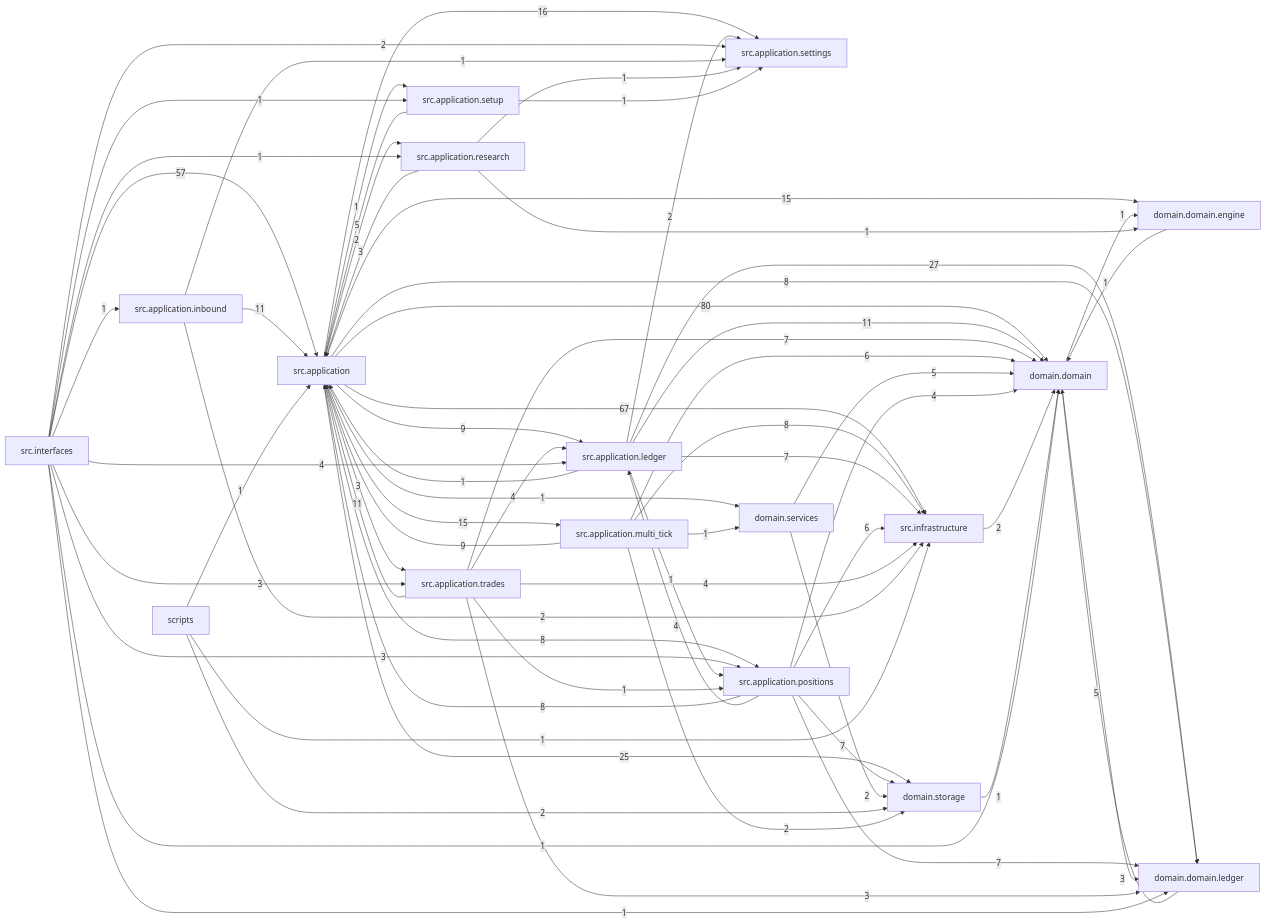
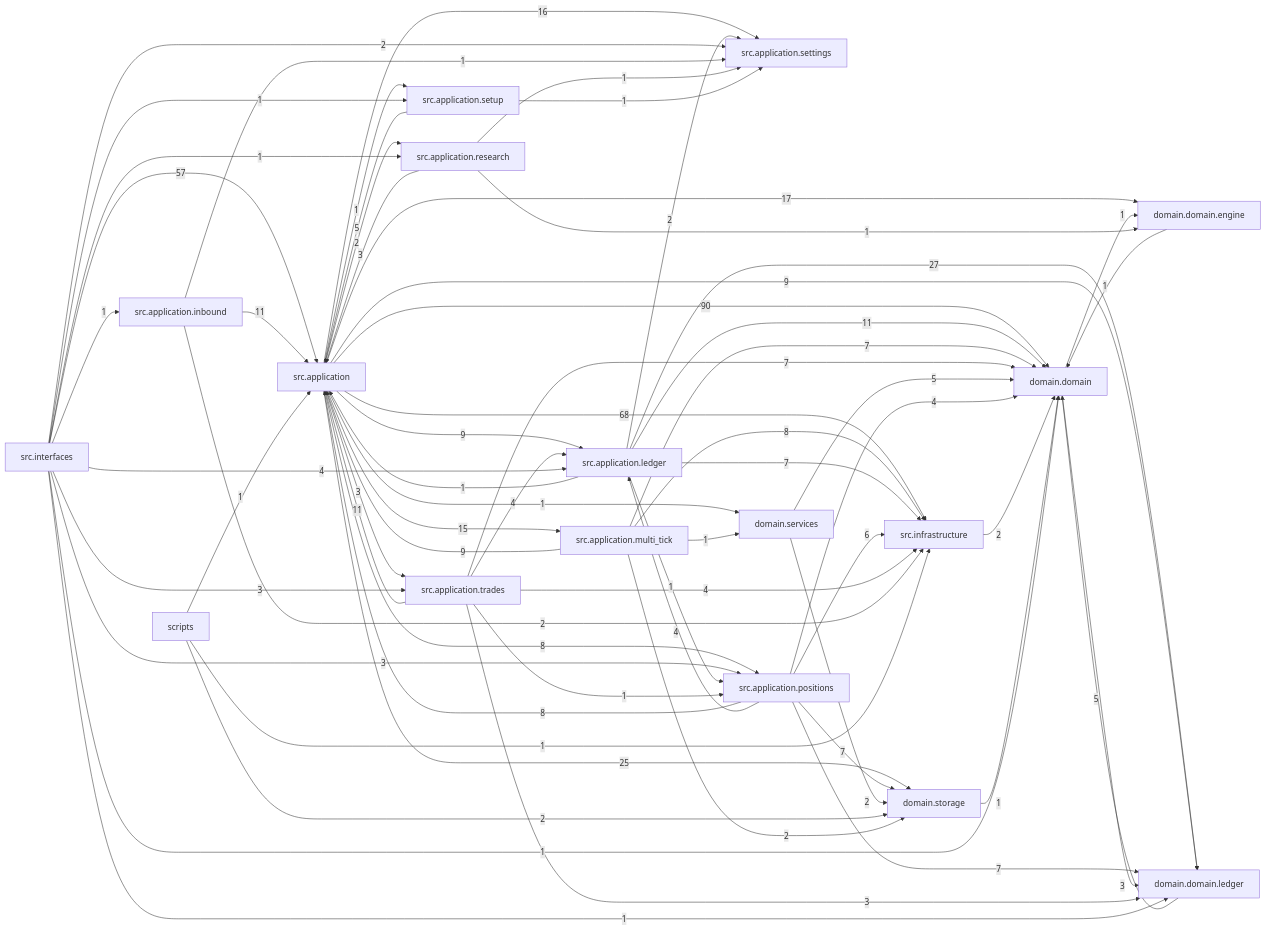
The diagram in docs/dependency_graph.mmd (liuxie066/options-monitor), drawn with Mermaid before and after one commit. The commit also changed 38 other files, not shown here.

```diff
--- a/docs/dependency_graph.mmd
+++ b/docs/dependency_graph.mmd
@@ -1,66 +1,66 @@
 flowchart LR
-  src_application["src.application"] -->|80| domain_domain["domain.domain"]
-  src_application["src.application"] -->|67| src_infrastructure["src.infrastructure"]
+  src_application["src.application"] -->|90| domain_domain["domain.domain"]
+  src_application["src.application"] -->|68| src_infrastructure["src.infrastructure"]
   src_interfaces["src.interfaces"] -->|57| src_application["src.application"]
   src_application_ledger["src.application.ledger"] -->|27| domain_domain_ledger["domain.domain.ledger"]
   src_application["src.application"] -->|25| domain_storage["domain.storage"]
+  src_application["src.application"] -->|17| domain_domain_engine["domain.domain.engine"]
   src_application["src.application"] -->|16| src_application_settings["src.application.settings"]
-  src_application["src.application"] -->|15| domain_domain_engine["domain.domain.engine"]
   src_application["src.application"] -->|15| src_application_multi_tick["src.application.multi_tick"]
   src_application_inbound["src.application.inbound"] -->|11| src_application["src.application"]
   src_application_ledger["src.application.ledger"] -->|11| domain_domain["domain.domain"]
   src_application_trades["src.application.trades"] -->|11| src_application["src.application"]
+  src_application["src.application"] -->|9| domain_domain_ledger["domain.domain.ledger"]
   src_application["src.application"] -->|9| src_application_ledger["src.application.ledger"]
   src_application_multi_tick["src.application.multi_tick"] -->|9| src_application["src.application"]
-  src_application["src.application"] -->|8| domain_domain_ledger["domain.domain.ledger"]
   src_application["src.application"] -->|8| src_application_positions["src.application.positions"]
   src_application_multi_tick["src.application.multi_tick"] -->|8| src_infrastructure["src.infrastructure"]
   src_application_positions["src.application.positions"] -->|8| src_application["src.application"]
   src_application_ledger["src.application.ledger"] -->|7| src_infrastructure["src.infrastructure"]
+  src_application_multi_tick["src.application.multi_tick"] -->|7| domain_domain["domain.domain"]
   src_application_positions["src.application.positions"] -->|7| domain_domain_ledger["domain.domain.ledger"]
   src_application_positions["src.application.positions"] -->|7| domain_storage["domain.storage"]
   src_application_trades["src.application.trades"] -->|7| domain_domain["domain.domain"]
-  src_application_multi_tick["src.application.multi_tick"] -->|6| domain_domain["domain.domain"]
   src_application_positions["src.application.positions"] -->|6| src_infrastructure["src.infrastructure"]
   domain_domain_ledger["domain.domain.ledger"] -->|5| domain_domain["domain.domain"]
   domain_services["domain.services"] -->|5| domain_domain["domain.domain"]
   src_application_setup["src.application.setup"] -->|5| src_application["src.application"]
   src_application_positions["src.application.positions"] -->|4| domain_domain["domain.domain"]
   src_application_positions["src.application.positions"] -->|4| src_application_ledger["src.application.ledger"]
   src_application_trades["src.application.trades"] -->|4| src_application_ledger["src.application.ledger"]
   src_application_trades["src.application.trades"] -->|4| src_infrastructure["src.infrastructure"]
   src_interfaces["src.interfaces"] -->|4| src_application_ledger["src.application.ledger"]
   domain_domain["domain.domain"] -->|3| domain_domain_ledger["domain.domain.ledger"]
   src_application["src.application"] -->|3| src_application_trades["src.application.trades"]
   src_application_research["src.application.research"] -->|3| src_application["src.application"]
   src_application_trades["src.application.trades"] -->|3| domain_domain_ledger["domain.domain.ledger"]
   src_interfaces["src.interfaces"] -->|3| src_application_positions["src.application.positions"]
   src_interfaces["src.interfaces"] -->|3| src_application_trades["src.application.trades"]
   domain_services["domain.services"] -->|2| domain_storage["domain.storage"]
   scripts["scripts"] -->|2| domain_storage["domain.storage"]
   src_application["src.application"] -->|2| src_application_research["src.application.research"]
   src_application_inbound["src.application.inbound"] -->|2| src_infrastructure["src.infrastructure"]
   src_application_ledger["src.application.ledger"] -->|2| src_application_settings["src.application.settings"]
   src_application_multi_tick["src.application.multi_tick"] -->|2| domain_storage["domain.storage"]
   src_infrastructure["src.infrastructure"] -->|2| domain_domain["domain.domain"]
   src_interfaces["src.interfaces"] -->|2| src_application_settings["src.application.settings"]
   domain_domain["domain.domain"] -->|1| domain_domain_engine["domain.domain.engine"]
   domain_domain_engine["domain.domain.engine"] -->|1| domain_domain["domain.domain"]
   domain_storage["domain.storage"] -->|1| domain_domain["domain.domain"]
   scripts["scripts"] -->|1| src_application["src.application"]
   scripts["scripts"] -->|1| src_infrastructure["src.infrastructure"]
   src_application["src.application"] -->|1| domain_services["domain.services"]
   src_application["src.application"] -->|1| src_application_setup["src.application.setup"]
   src_application_inbound["src.application.inbound"] -->|1| src_application_settings["src.application.settings"]
   src_application_ledger["src.application.ledger"] -->|1| src_application["src.application"]
   src_application_ledger["src.application.ledger"] -->|1| src_application_positions["src.application.positions"]
   src_application_multi_tick["src.application.multi_tick"] -->|1| domain_services["domain.services"]
   src_application_research["src.application.research"] -->|1| domain_domain_engine["domain.domain.engine"]
   src_application_research["src.application.research"] -->|1| src_application_settings["src.application.settings"]
   src_application_setup["src.application.setup"] -->|1| src_application_settings["src.application.settings"]
   src_application_trades["src.application.trades"] -->|1| src_application_positions["src.application.positions"]
   src_interfaces["src.interfaces"] -->|1| domain_domain["domain.domain"]
   src_interfaces["src.interfaces"] -->|1| domain_domain_ledger["domain.domain.ledger"]
   src_interfaces["src.interfaces"] -->|1| src_application_inbound["src.application.inbound"]
   src_interfaces["src.interfaces"] -->|1| src_application_research["src.application.research"]
   src_interfaces["src.interfaces"] -->|1| src_application_setup["src.application.setup"]
```
